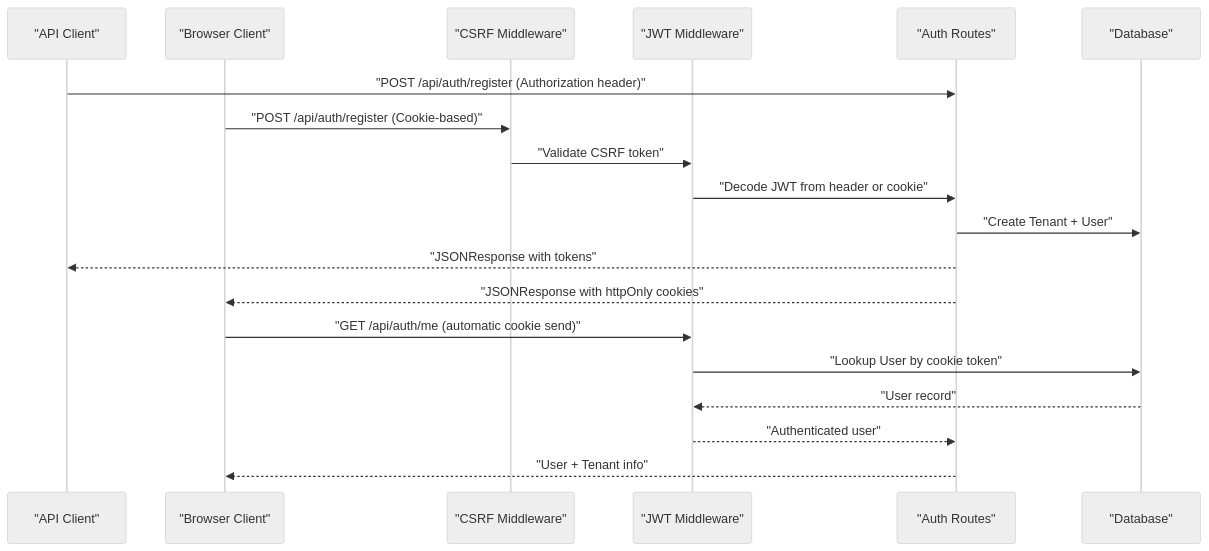
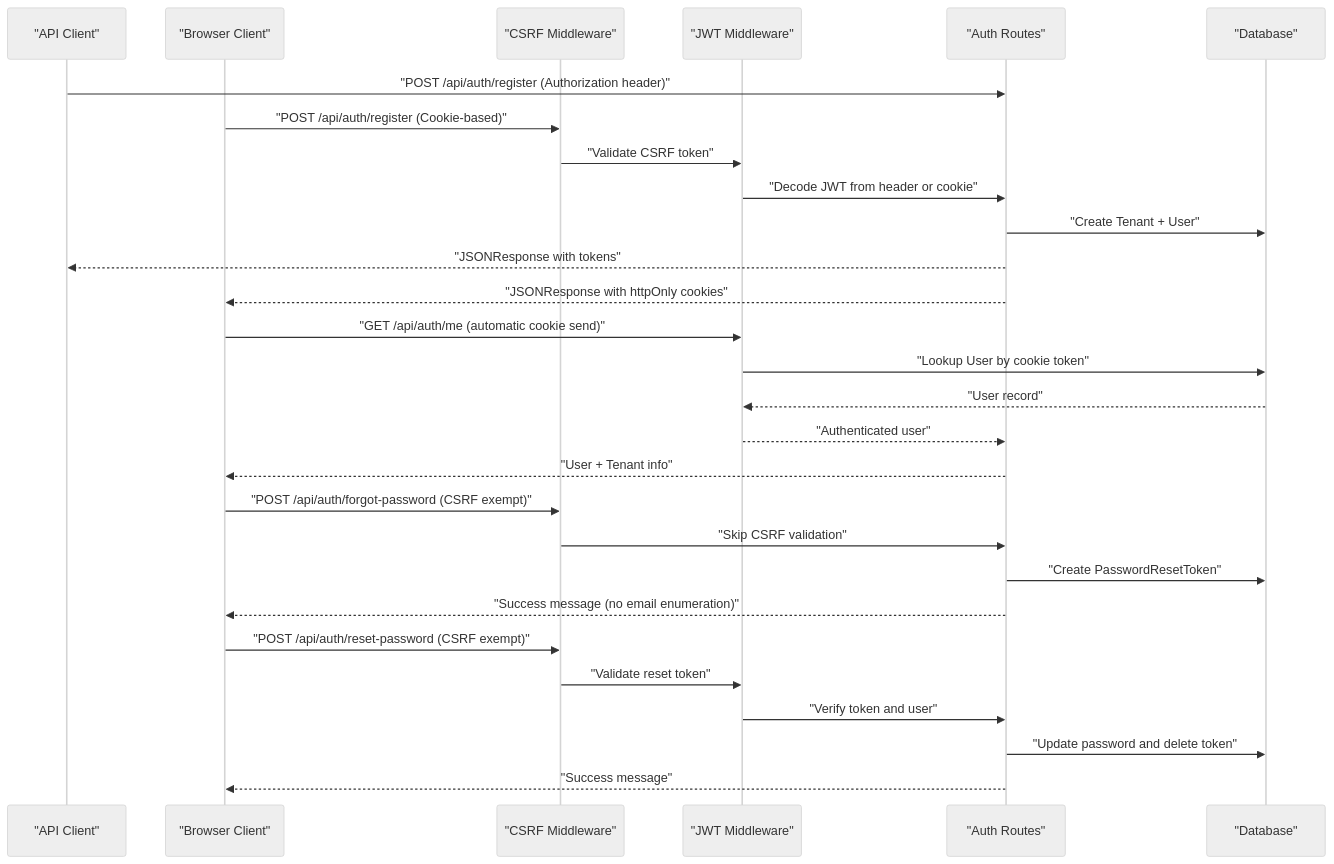
One commit to Revanththetalogics/aireume changed the second of 4 diagrams in .qoder/repowiki/en/content/API Reference/Authentication Endpoints.md. Above: the diagram before and after it, drawn with Mermaid (neutral theme). The commit also changed other lines of this file and 15 other files, not shown here.

````diff
--- a/.qoder/repowiki/en/content/API Reference/Authentication Endpoints.md
+++ b/.qoder/repowiki/en/content/API Reference/Authentication Endpoints.md
@@ -125,21 +152,30 @@
 ```mermaid
 sequenceDiagram
 participant API as "API Client"
 participant BROWSER as "Browser Client"
 participant CSRF as "CSRF Middleware"
 participant AUTH as "JWT Middleware"
 participant ROUTES as "Auth Routes"
 participant DB as "Database"
 API->>ROUTES : "POST /api/auth/register (Authorization header)"
 BROWSER->>CSRF : "POST /api/auth/register (Cookie-based)"
 CSRF->>AUTH : "Validate CSRF token"
 AUTH->>ROUTES : "Decode JWT from header or cookie"
 ROUTES->>DB : "Create Tenant + User"
 ROUTES-->>API : "JSONResponse with tokens"
 ROUTES-->>BROWSER : "JSONResponse with httpOnly cookies"
 BROWSER->>AUTH : "GET /api/auth/me (automatic cookie send)"
 AUTH->>DB : "Lookup User by cookie token"
 DB-->>AUTH : "User record"
 AUTH-->>ROUTES : "Authenticated user"
 ROUTES-->>BROWSER : "User + Tenant info"
+BROWSER->>CSRF : "POST /api/auth/forgot-password (CSRF exempt)"
+CSRF->>ROUTES : "Skip CSRF validation"
+ROUTES->>DB : "Create PasswordResetToken"
+ROUTES-->>BROWSER : "Success message (no email enumeration)"
+BROWSER->>CSRF : "POST /api/auth/reset-password (CSRF exempt)"
+CSRF->>AUTH : "Validate reset token"
+AUTH->>ROUTES : "Verify token and user"
+ROUTES->>DB : "Update password and delete token"
+ROUTES-->>BROWSER : "Success message"
 ```
````
